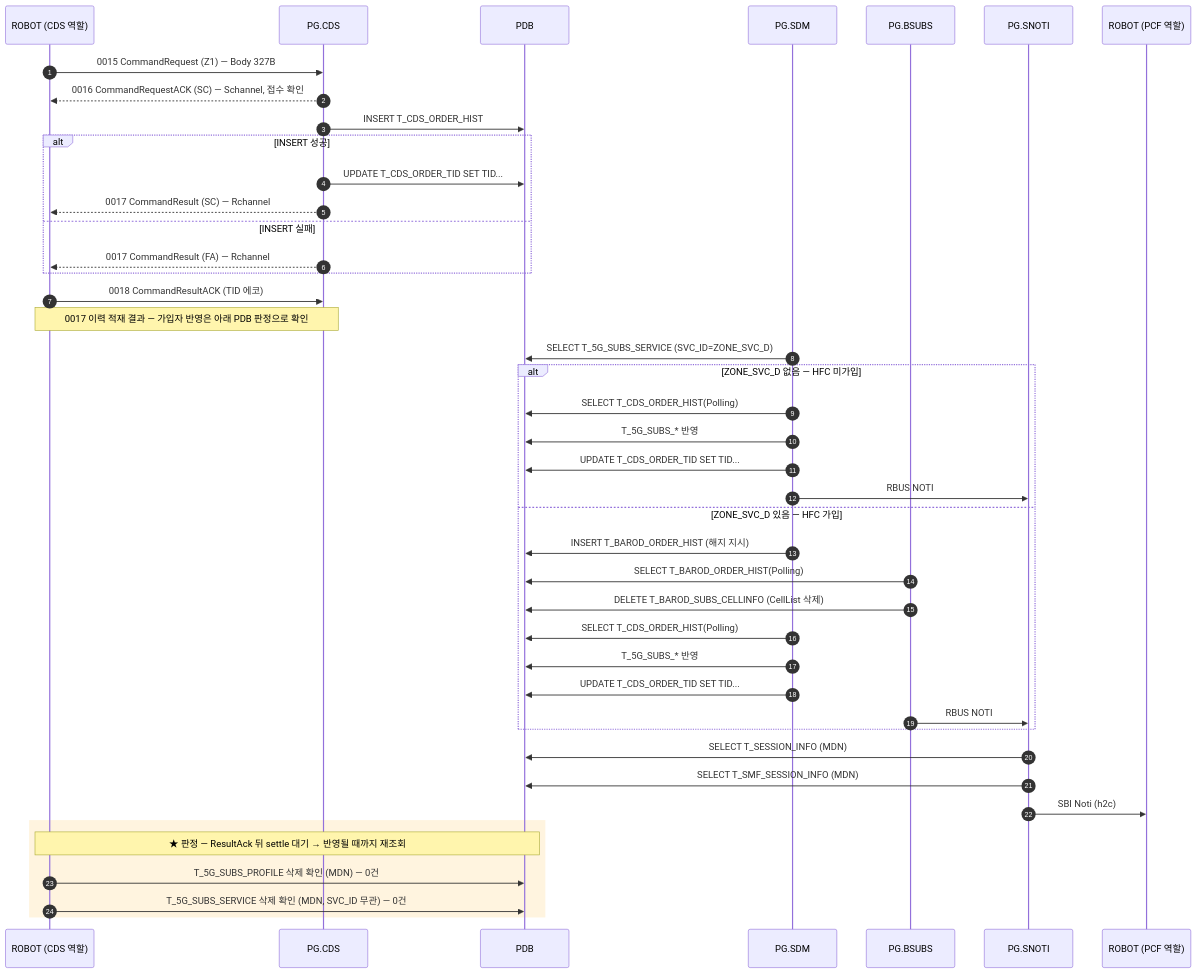
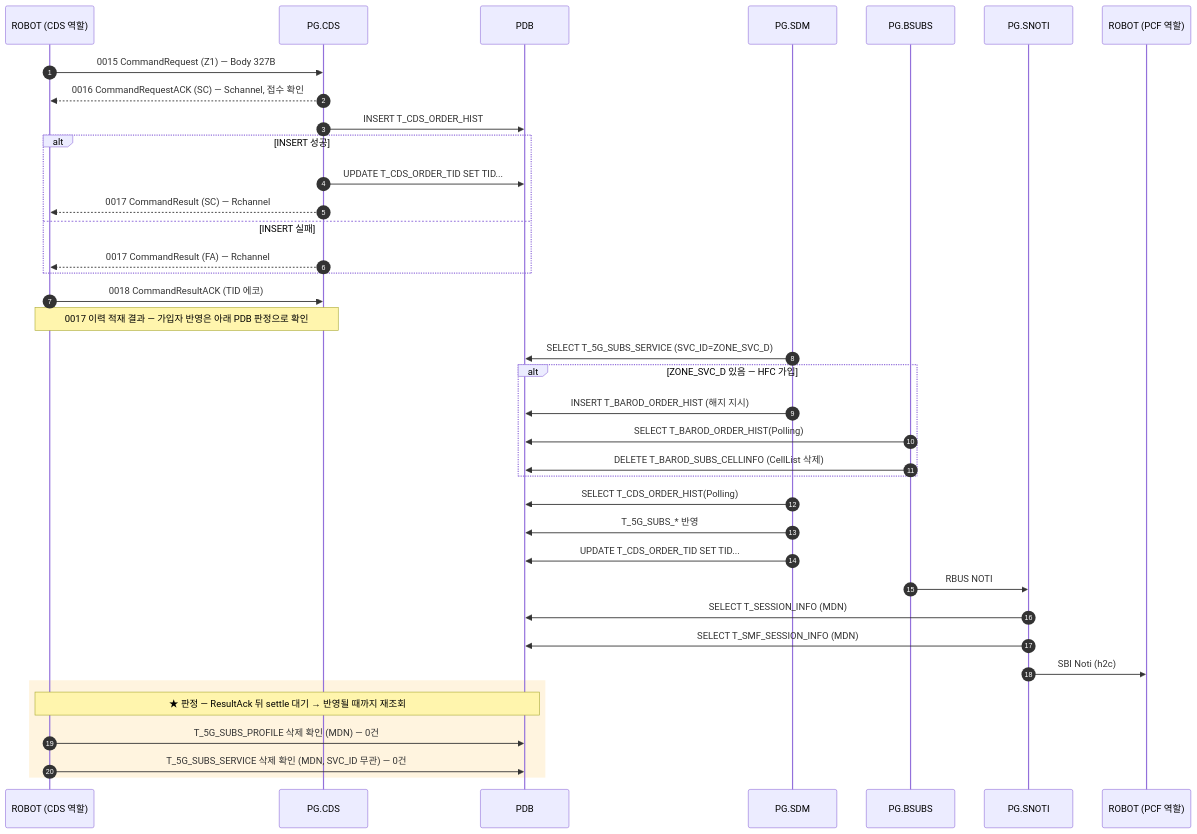
One commit to IanKim2030/tc4robot changed the diagram in docs/callflow/CDS_Z1.md. Above: the diagram before and after it, drawn with Mermaid.

Commit message:
CDS Z1 Callflow updated with new steps and clarifications.

````diff
--- a/docs/callflow/CDS_Z1.md
+++ b/docs/callflow/CDS_Z1.md
@@ -17,47 +17,44 @@
 ```mermaid
 sequenceDiagram
     autonumber
     participant TOOL as ROBOT (CDS 역할)
     participant PCDS as PG.CDS
     participant PDB as PDB
     participant SDM as PG.SDM
     participant BSUBS as PG.BSUBS
     participant SNOTI as PG.SNOTI
     participant PCF as ROBOT (PCF 역할)
 
     TOOL->>PCDS: 0015 CommandRequest (Z1) — Body 327B
     PCDS-->>TOOL: 0016 CommandRequestACK (SC) — Schannel, 접수 확인
     PCDS->>PDB: INSERT T_CDS_ORDER_HIST
     alt INSERT 성공
         PCDS->>PDB: UPDATE T_CDS_ORDER_TID SET TID...
         PCDS-->>TOOL: 0017 CommandResult (SC) — Rchannel
     else INSERT 실패
         PCDS-->>TOOL: 0017 CommandResult (FA) — Rchannel
     end
     TOOL->>PCDS: 0018 CommandResultACK (TID 에코)
     Note over TOOL,PCDS: 0017 이력 적재 결과 — 가입자 반영은 아래 PDB 판정으로 확인
 
     SDM->>PDB: SELECT T_5G_SUBS_SERVICE (SVC_ID=ZONE_SVC_D)
-    alt ZONE_SVC_D 없음 — HFC 미가입
-        SDM->>PDB: SELECT T_CDS_ORDER_HIST(Polling)
-        SDM->>PDB: T_5G_SUBS_* 반영
-        SDM->>PDB: UPDATE T_CDS_ORDER_TID SET TID...
-        SDM->>SNOTI: RBUS NOTI
-    else ZONE_SVC_D 있음 — HFC 가입
+    alt ZONE_SVC_D 있음 — HFC 가입
         SDM->>PDB: INSERT T_BAROD_ORDER_HIST (해지 지시)
         BSUBS->>PDB: SELECT T_BAROD_ORDER_HIST(Polling)
         BSUBS->>PDB: DELETE T_BAROD_SUBS_CELLINFO (CellList 삭제)
-        SDM->>PDB: SELECT T_CDS_ORDER_HIST(Polling)
-        SDM->>PDB: T_5G_SUBS_* 반영
-        SDM->>PDB: UPDATE T_CDS_ORDER_TID SET TID...
-        BSUBS->>SNOTI: RBUS NOTI
     end
+
+    SDM->>PDB: SELECT T_CDS_ORDER_HIST(Polling)
+    SDM->>PDB: T_5G_SUBS_* 반영
+    SDM->>PDB: UPDATE T_CDS_ORDER_TID SET TID...
+    BSUBS->>SNOTI: RBUS NOTI
+
     SNOTI->>PDB: SELECT T_SESSION_INFO (MDN)
     SNOTI->>PDB: SELECT T_SMF_SESSION_INFO (MDN)
     SNOTI->>PCF: SBI Noti (h2c)
     rect rgba(255, 176, 32, 0.14)
     Note over TOOL,PDB: ★ 판정 — ResultAck 뒤 settle 대기 → 반영될 때까지 재조회
         TOOL->>PDB: T_5G_SUBS_PROFILE 삭제 확인 (MDN) — 0건
         TOOL->>PDB: T_5G_SUBS_SERVICE 삭제 확인 (MDN, SVC_ID 무관) — 0건
     end
 ```
````
